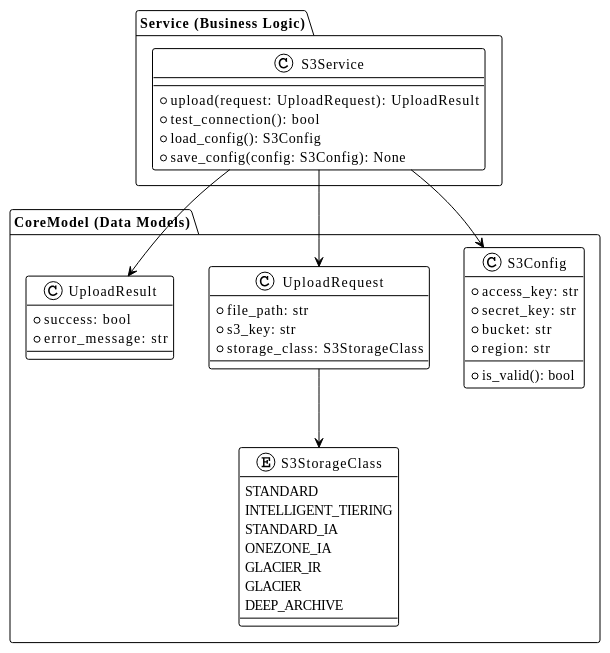
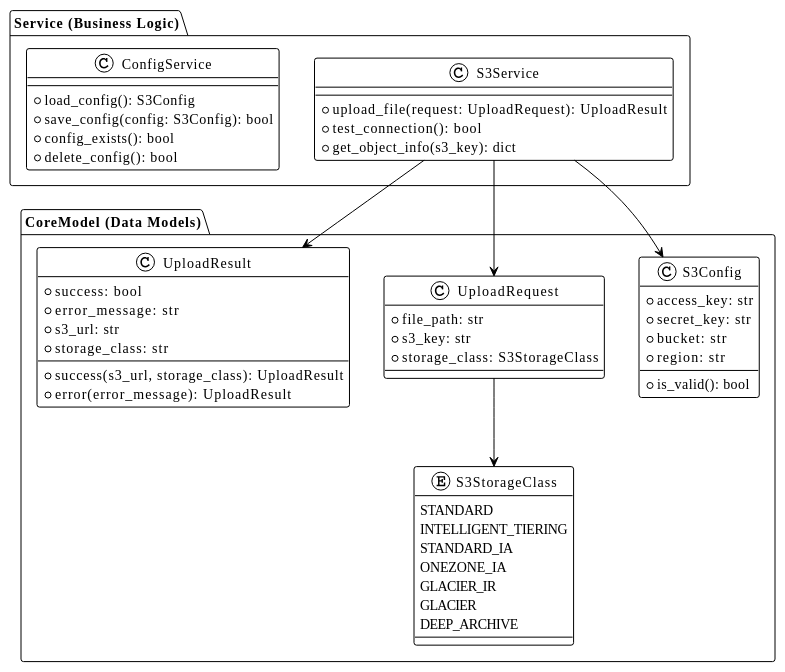
The diagram in .prompt/02.Issue/02.AddSimpleFileUpload/01.BasicDesign/02.DataModel.md (FATESAIKOU/CloudStorageSyncer), drawn with PlantUML before and after one commit. The commit also changed other lines of this file and 19 other files, not shown here.

````diff
--- a/.prompt/02.Issue/02.AddSimpleFileUpload/01.BasicDesign/02.DataModel.md
+++ b/.prompt/02.Issue/02.AddSimpleFileUpload/01.BasicDesign/02.DataModel.md
@@ -7,69 +7,79 @@
 ```plantuml
 @startuml
 !theme plain
 
 package "CoreModel (Data Models)" {
   class S3Config {
     +access_key: str
     +secret_key: str
     +bucket: str
     +region: str
     +is_valid(): bool
   }
 
   enum S3StorageClass {
     STANDARD
     INTELLIGENT_TIERING
     STANDARD_IA
     ONEZONE_IA
     GLACIER_IR
     GLACIER
     DEEP_ARCHIVE
   }
 
   class UploadRequest {
     +file_path: str
     +s3_key: str
     +storage_class: S3StorageClass
   }
 
   class UploadResult {
     +success: bool
     +error_message: str
+    +s3_url: str
+    +storage_class: str
+    +success(s3_url, storage_class): UploadResult
+    +error(error_message): UploadResult
   }
 }
 
 package "Service (Business Logic)" {
   class S3Service {
-    +upload(request: UploadRequest): UploadResult
+    +upload_file(request: UploadRequest): UploadResult
     +test_connection(): bool
+    +get_object_info(s3_key): dict
+  }
+
+  class ConfigService {
     +load_config(): S3Config
-    +save_config(config: S3Config): None
+    +save_config(config: S3Config): bool
+    +config_exists(): bool
+    +delete_config(): bool
   }
 }
 
 S3Service --> S3Config
 S3Service --> UploadRequest
 S3Service --> UploadResult
 UploadRequest --> S3StorageClass
 
 @enduml
 ```## 2. Data Model 詳細實作
 
 ### 2.1 S3Config
 
 ```python
 from dataclasses import dataclass
 
 @dataclass
 class S3Config:
     """S3 配置資料模型"""
     access_key: str = ""
     secret_key: str = ""
     bucket: str = ""
     region: str = "us-east-1"
 
     def is_valid(self) -> bool:
         """檢查配置是否完整"""
         return bool(self.access_key and self.secret_key and self.bucket)
 ```
````
